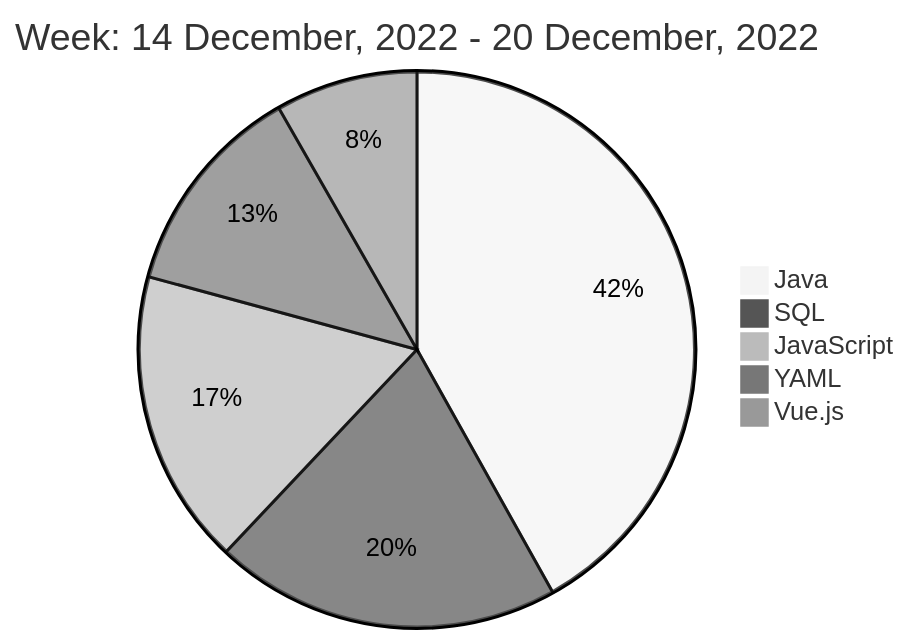
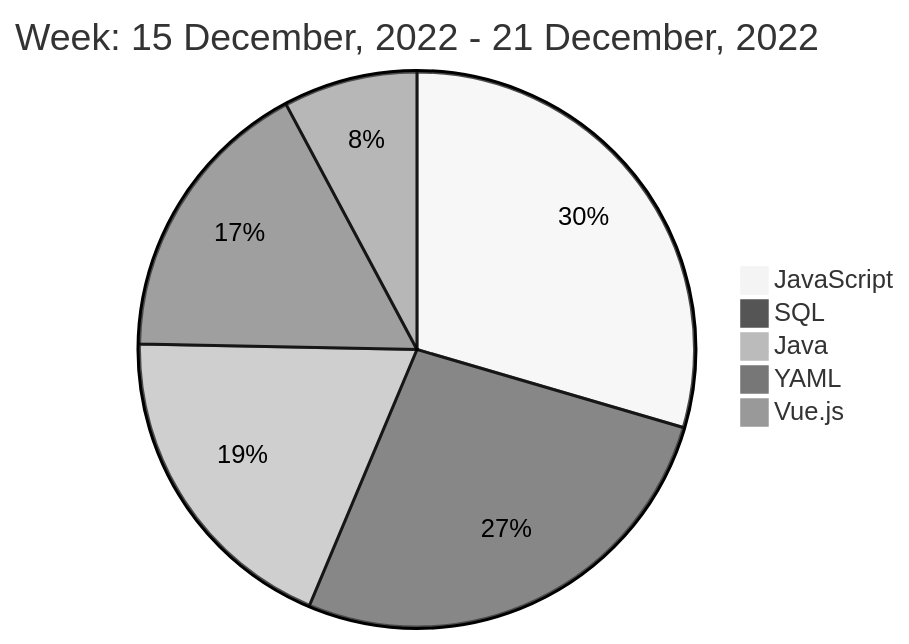
One commit to liubin95/liubin95 changed the diagram in README.md. Above: the diagram before and after it, drawn with Mermaid (neutral theme).

Commit message:
Updated the Graph with new Metrics

````diff
--- a/README.md
+++ b/README.md
@@ -40,9 +40,9 @@
 ```mermaid
  pie
-title Week: 14 December, 2022 - 20 December, 2022
- "Java" : 3.95
- "SQL" : 1.9
- "JavaScript" : 1.62
- "YAML" : 1.18
- "Vue.js" : 0.78
+title Week: 15 December, 2022 - 21 December, 2022
+ "JavaScript" : 1.4
+ "SQL" : 1.27
+ "Java" : 0.9
+ "YAML" : 0.8
+ "Vue.js" : 0.37
 ```
````
